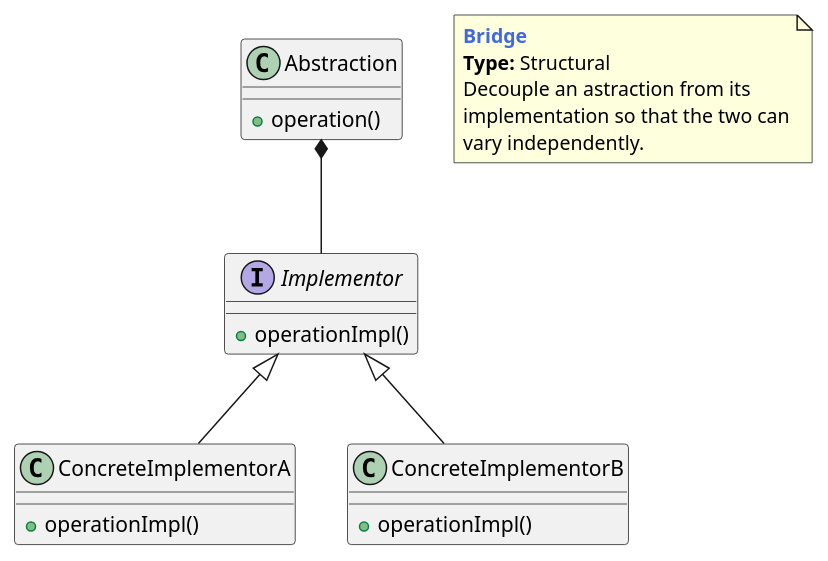
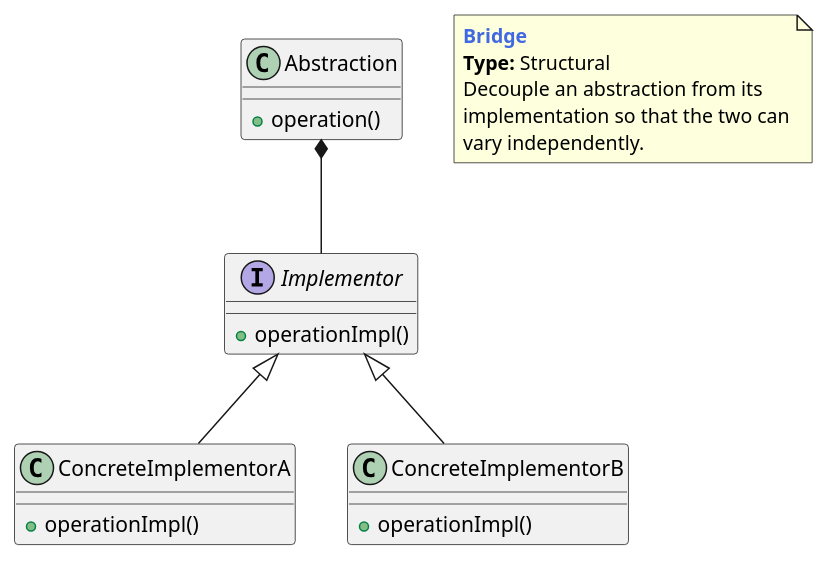
One commit to kusnier/PlantUMLDesignPatterns changed the diagram in bridge.plantuml. Above: the diagram before and after it, drawn with PlantUML.

```diff
--- a/bridge.plantuml
+++ b/bridge.plantuml
@@ -3,31 +3,31 @@
 @startuml Bridge
 
 class Abstraction {
     + operation()
 }
 
 interface Implementor {
     + operationImpl()
 }
 
 class ConcreteImplementorA {
     + operationImpl()
 }
 
 class ConcreteImplementorB {
     + operationImpl()
 }
 
 Abstraction *-- Implementor
 Implementor <|-- ConcreteImplementorA
 Implementor <|-- ConcreteImplementorB
 
 note as N1
     <b><color:royalBlue>Bridge</color></b>
     <b>Type:</b> Structural
-    Decouple an astraction from its
+    Decouple an abstraction from its
     implementation so that the two can
     vary independently.
 end note
 
 @enduml
```
